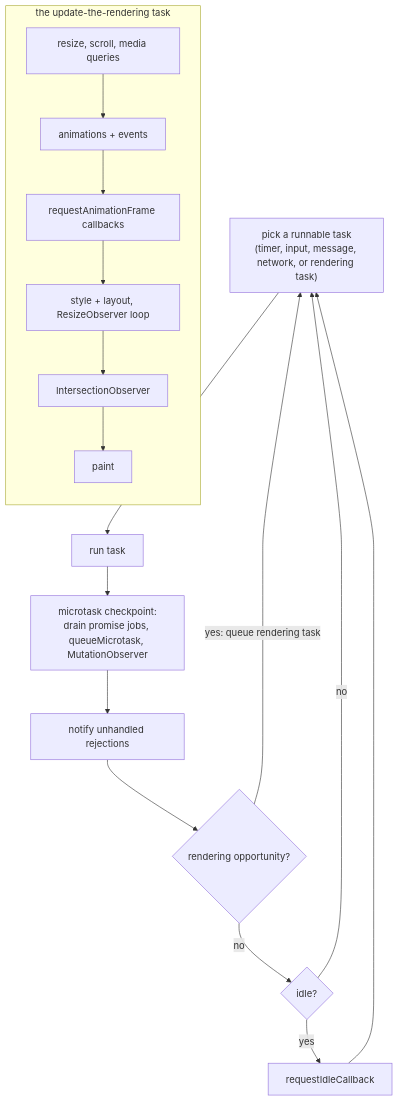
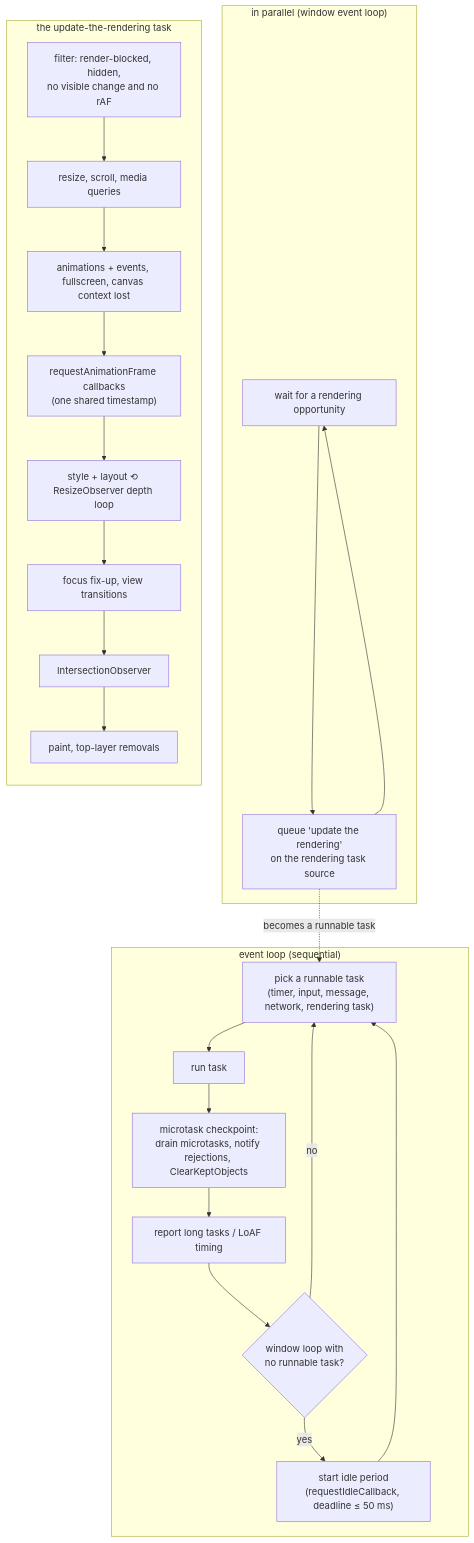
Before and after one commit to espoem/zero-to-one: the diagram in languages/javascript/modules/06-agents-realms-job-queue.md, drawn with Mermaid. The commit also changed other lines of this file and 2 other files, not shown here.

Commit message:
feat(javascript): deepen module 06 with verified HTML processing model and promise algorithms

````diff
--- a/languages/javascript/modules/06-agents-realms-job-queue.md
+++ b/languages/javascript/modules/06-agents-realms-job-queue.md
@@ -162,20 +233,27 @@
 ```mermaid
 flowchart TD
-  T["pick a runnable task<br/>(timer, input, message, network, or rendering task)"] --> R[run task]
-  R --> MC["microtask checkpoint:<br/>drain promise jobs, queueMicrotask, MutationObserver"]
-  MC --> REJ[notify unhandled rejections]
-  REJ --> OPP{rendering opportunity?}
-  OPP -- "yes: queue rendering task" --> T
-  OPP -- no --> IDLE{idle?}
-  IDLE -- yes --> RIC[requestIdleCallback]
-  IDLE -- no --> T
-  RIC --> T
+  subgraph LOOP["event loop (sequential)"]
+    T["pick a runnable task<br/>(timer, input, message, network, rendering task)"] --> R[run task]
+    R --> MC["microtask checkpoint:<br/>drain microtasks, notify rejections, ClearKeptObjects"]
+    MC --> LT[report long tasks / LoAF timing]
+    LT --> IDLE{"window loop with<br/>no runnable task?"}
+    IDLE -- yes --> RIC["start idle period<br/>(requestIdleCallback, deadline ≤ 50 ms)"]
+    IDLE -- no --> T
+    RIC --> T
+  end
+  subgraph PAR["in parallel (window event loop)"]
+    W[wait for a rendering opportunity] --> Q["queue 'update the rendering'<br/>on the rendering task source"]
+    Q --> W
+  end
+  Q -. "becomes a runnable task" .-> T
   subgraph RT["the update-the-rendering task"]
     direction TB
-    RS[resize, scroll, media queries] --> AN[animations + events]
-    AN --> RAF[requestAnimationFrame callbacks]
-    RAF --> SL[style + layout, ResizeObserver loop]
-    SL --> IO[IntersectionObserver]
-    IO --> P[paint]
+    F["filter: render-blocked, hidden,<br/>no visible change and no rAF"] --> RS[resize, scroll, media queries]
+    RS --> AN[animations + events, fullscreen, canvas context lost]
+    AN --> RAF["requestAnimationFrame callbacks<br/>(one shared timestamp)"]
+    RAF --> SL["style + layout ⟲ ResizeObserver depth loop"]
+    SL --> VT[focus fix-up, view transitions]
+    VT --> IO[IntersectionObserver]
+    IO --> P[paint, top-layer removals]
   end
 ```
````
